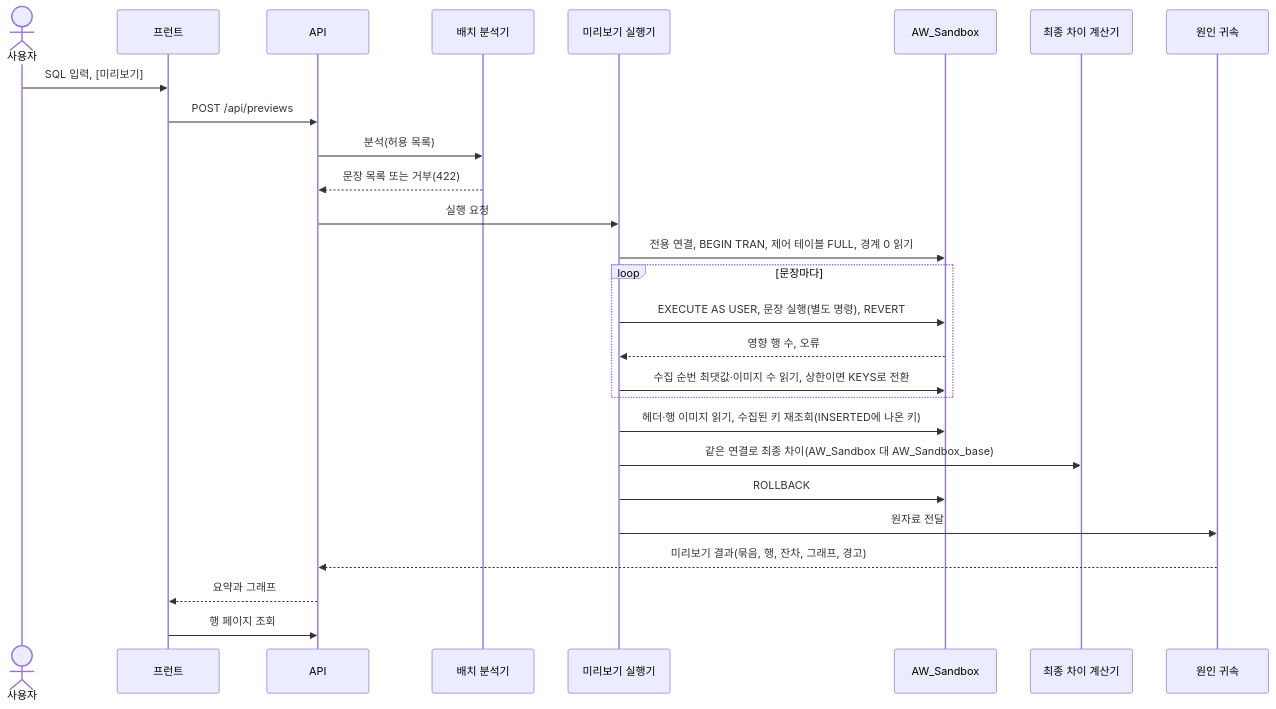
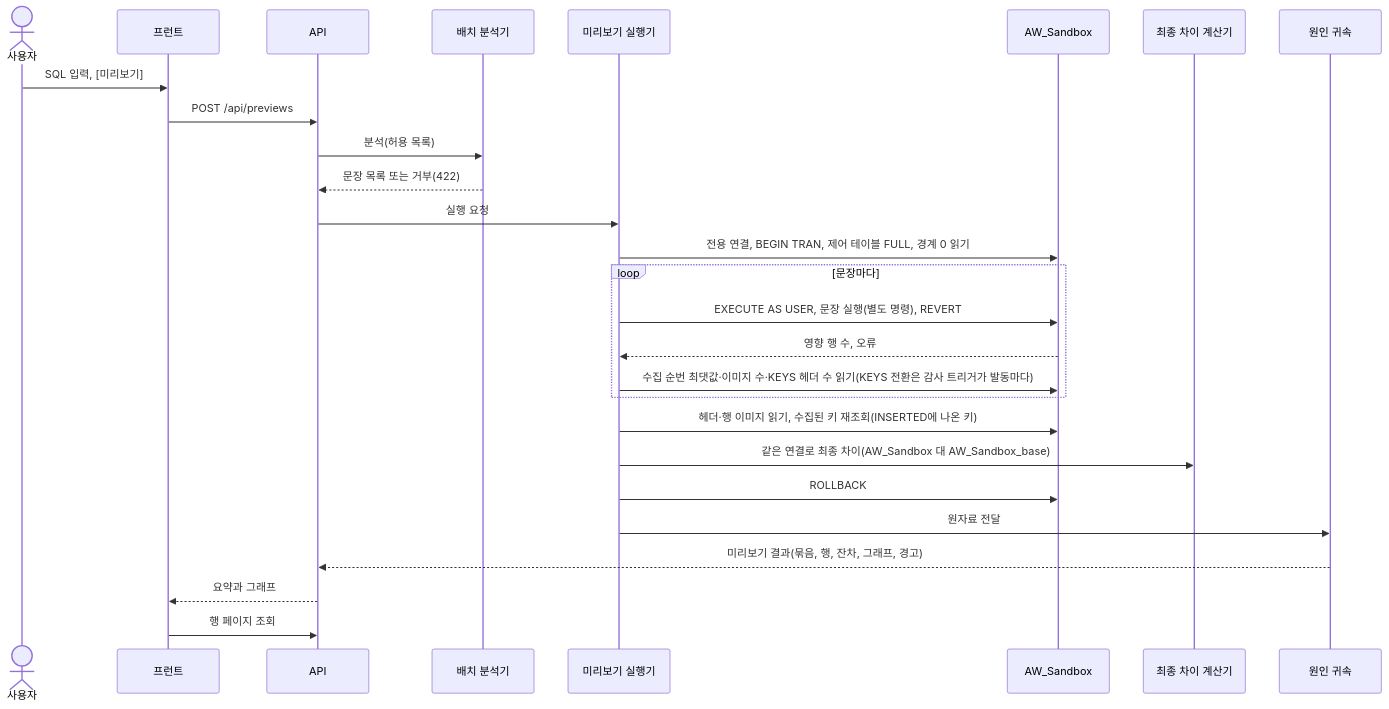
Before and after one commit to yoyowasi/db-ripple: the second of 3 diagrams in docs/architecture.md, drawn with Mermaid. The commit also changed other lines of this file and 19 other files, not shown here.

First line of the commit message:
이미지 상한을 감사 트리거 발동마다 판정(SQL Server·PostgreSQL), PG 분석기 따옴표 우회 차단 (#31)

````diff
--- a/docs/architecture.md
+++ b/docs/architecture.md
@@ -314,29 +314,29 @@
 ```mermaid
 sequenceDiagram
   actor U as 사용자
   participant FE as 프런트
   participant API as API
   participant BA as 배치 분석기
   participant PE as 미리보기 실행기
   participant SBX as AW_Sandbox
   participant ND as 최종 차이 계산기
   participant CR as 원인 귀속
   U->>FE: SQL 입력, [미리보기]
   FE->>API: POST /api/previews
   API->>BA: 분석(허용 목록)
   BA-->>API: 문장 목록 또는 거부(422)
   API->>PE: 실행 요청
   PE->>SBX: 전용 연결, BEGIN TRAN, 제어 테이블 FULL, 경계 0 읽기
   loop 문장마다
     PE->>SBX: EXECUTE AS USER, 문장 실행(별도 명령), REVERT
     SBX-->>PE: 영향 행 수, 오류
-    PE->>SBX: 수집 순번 최댓값·이미지 수 읽기, 상한이면 KEYS로 전환
+    PE->>SBX: 수집 순번 최댓값·이미지 수·KEYS 헤더 수 읽기(KEYS 전환은 감사 트리거가 발동마다)
   end
   PE->>SBX: 헤더·행 이미지 읽기, 수집된 키 재조회(INSERTED에 나온 키)
   PE->>ND: 같은 연결로 최종 차이(AW_Sandbox 대 AW_Sandbox_base)
   PE->>SBX: ROLLBACK
   PE->>CR: 원자료 전달
   CR-->>API: 미리보기 결과(묶음, 행, 잔차, 그래프, 경고)
   API-->>FE: 요약과 그래프
   FE->>API: 행 페이지 조회
 ```
````
